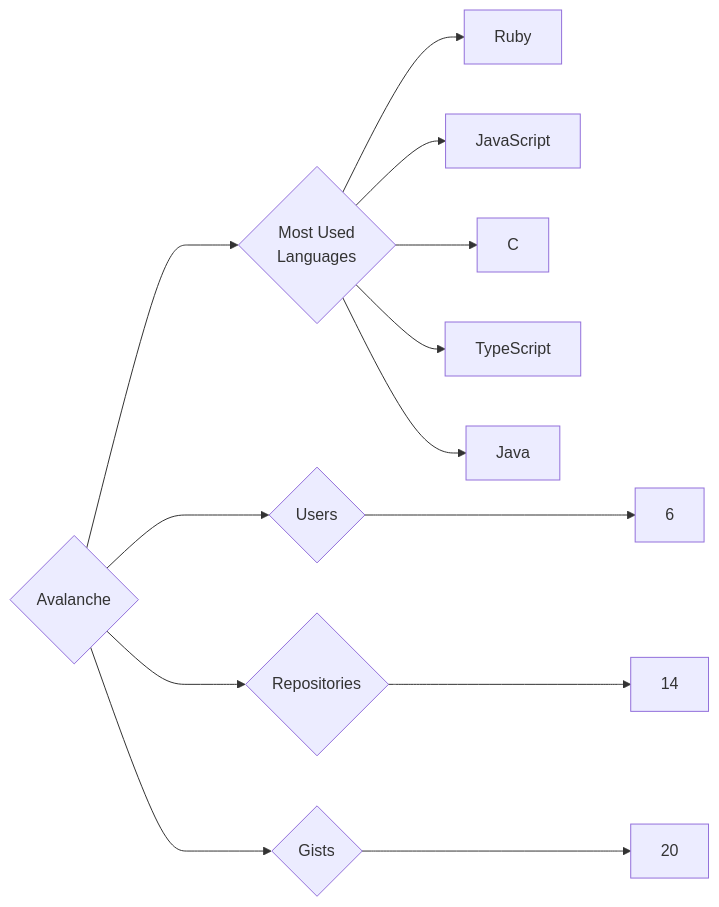
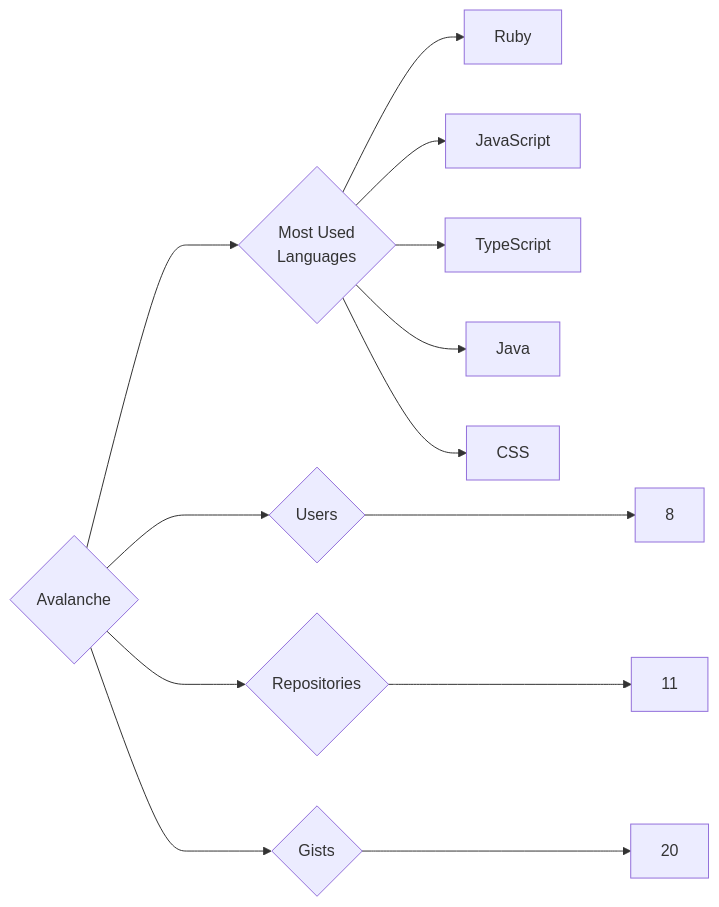
Before and after one commit to trickest/insiders: the diagram in targets/Avalanche/README.md, drawn with Mermaid. The commit also changed 1055 other files, not shown here.

````diff
--- a/targets/Avalanche/README.md
+++ b/targets/Avalanche/README.md
@@ -3,13 +3,13 @@
 ```mermaid
 graph LR
 COMPANY_NAME{Avalanche}
-COMPANY_NAME ---> U{Users} ---> UN[6]
-COMPANY_NAME ---> R{Repositories} ---> RN[14]
+COMPANY_NAME ---> U{Users} ---> UN[8]
+COMPANY_NAME ---> R{Repositories} ---> RN[11]
 COMPANY_NAME ---> G{Gists} ---> GN[20]
 COMPANY_NAME ---> ML{Most Used<br>Languages}
 ML --> Ruby[Ruby]
 ML --> JavaScript[JavaScript]
-ML --> C[C]
 ML --> TypeScript[TypeScript]
 ML --> Java[Java]
+ML --> CSS[CSS]
 ```
````
